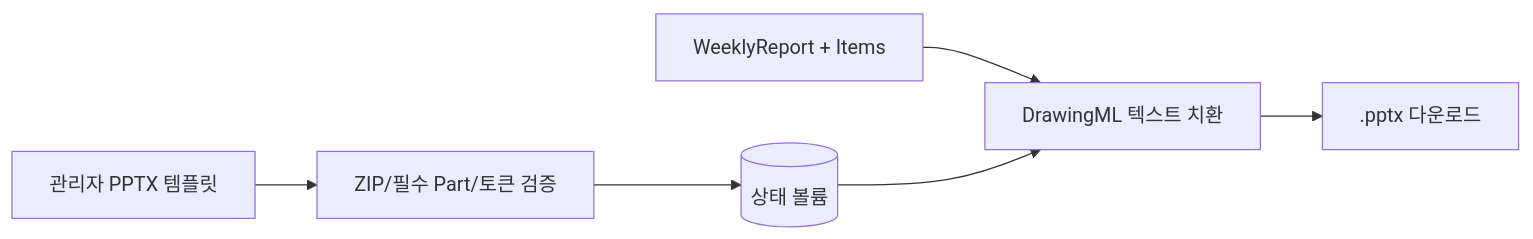
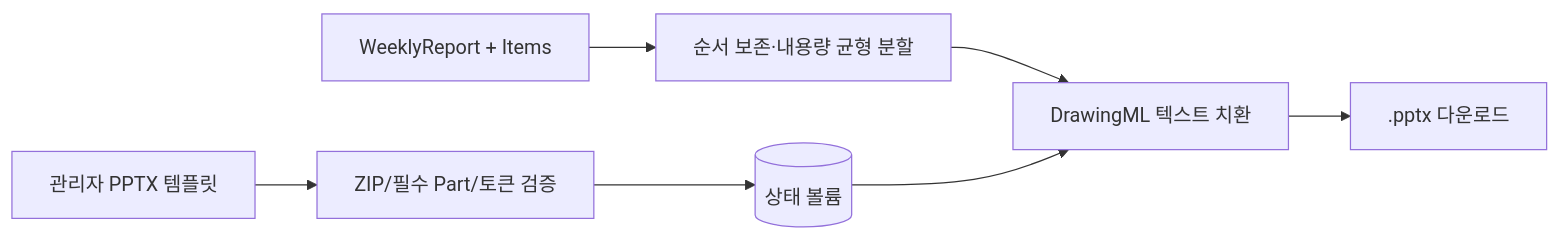
Before and after one commit to hkjang/weekly: the third of 5 diagrams in docs/DESIGN.md, drawn with Mermaid. The commit also changed other lines of this file and 30 other files, not shown here.

````diff
--- a/docs/DESIGN.md
+++ b/docs/DESIGN.md
@@ -91,8 +91,9 @@
 ```mermaid
 flowchart LR
   T[관리자 PPTX 템플릿] --> V[ZIP/필수 Part/토큰 검증]
   V --> S[(상태 볼륨)]
-  R[WeeklyReport + Items] --> X[DrawingML 텍스트 치환]
+  R[WeeklyReport + Items] --> B[순서 보존·내용량 균형 분할]
+  B --> X[DrawingML 텍스트 치환]
   S --> X
   X --> D[.pptx 다운로드]
 ```
````
